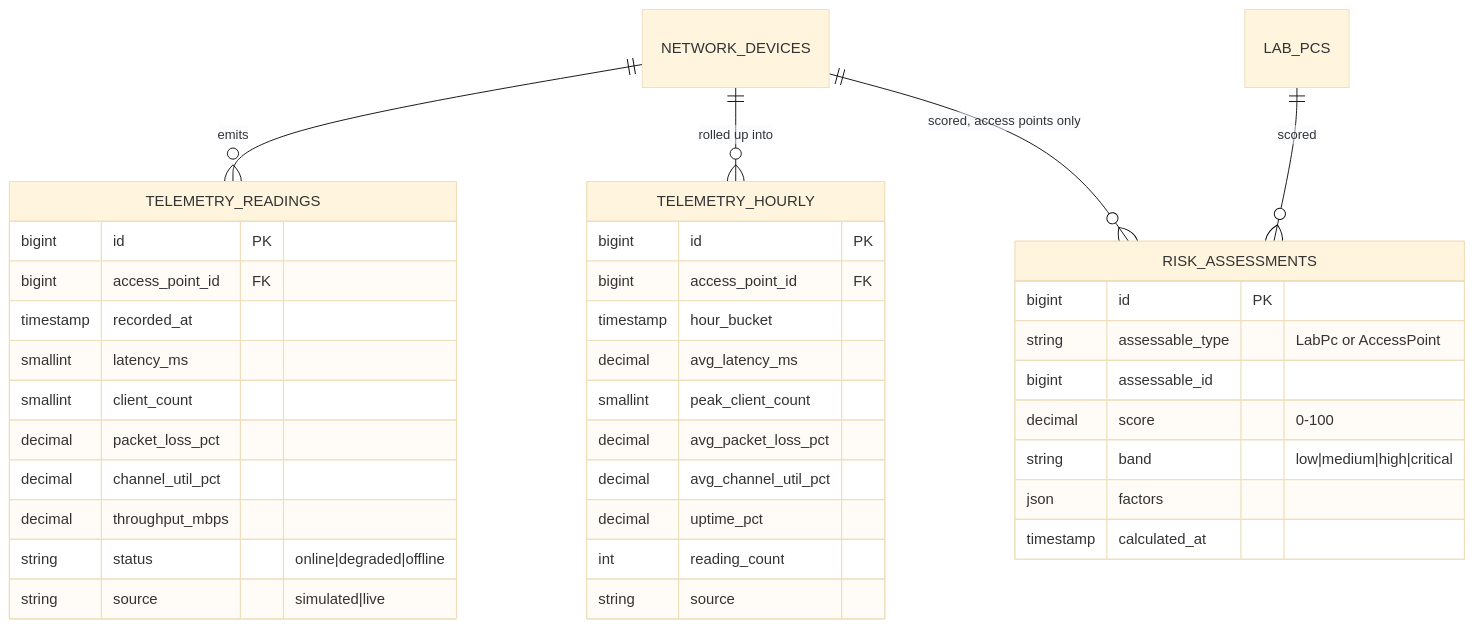
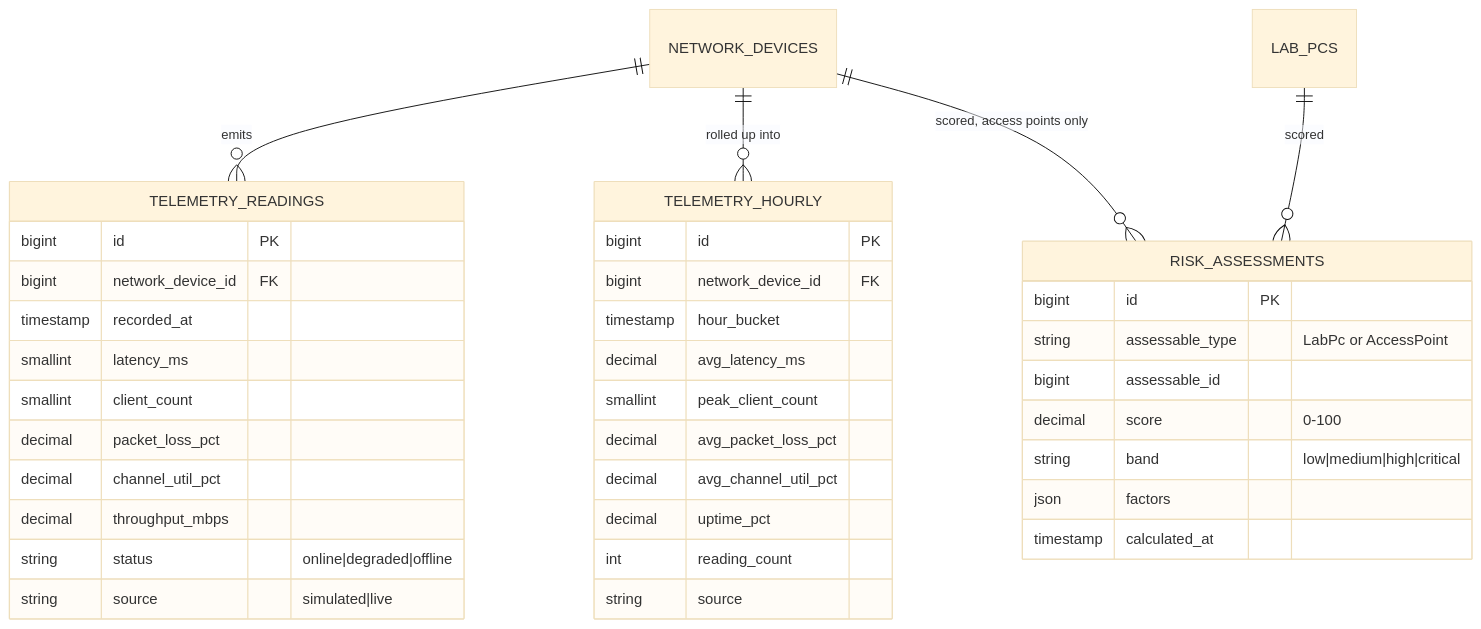
One commit to phone292025/atlas-netcare changed the third of 3 diagrams in docs/04-database.md. Above: the diagram before and after it, drawn with Mermaid (base theme). The commit also changed other lines of this file and 31 other files, not shown here.

First line of the commit message:
refactor(telemetry): point readings at network devices

````diff
--- a/docs/04-database.md
+++ b/docs/04-database.md
@@ -272,41 +272,41 @@
 ```mermaid
 erDiagram
     NETWORK_DEVICES ||--o{ TELEMETRY_READINGS : emits
     NETWORK_DEVICES ||--o{ TELEMETRY_HOURLY : "rolled up into"
     NETWORK_DEVICES ||--o{ RISK_ASSESSMENTS : "scored, access points only"
     LAB_PCS ||--o{ RISK_ASSESSMENTS : scored
 
     TELEMETRY_READINGS {
         bigint id PK
-        bigint access_point_id FK
+        bigint network_device_id FK
         timestamp recorded_at
         smallint latency_ms
         smallint client_count
         decimal packet_loss_pct
         decimal channel_util_pct
         decimal throughput_mbps
         string status "online|degraded|offline"
         string source "simulated|live"
     }
     TELEMETRY_HOURLY {
         bigint id PK
-        bigint access_point_id FK
+        bigint network_device_id FK
         timestamp hour_bucket
         decimal avg_latency_ms
         smallint peak_client_count
         decimal avg_packet_loss_pct
         decimal avg_channel_util_pct
         decimal uptime_pct
         int reading_count
         string source
     }
     RISK_ASSESSMENTS {
         bigint id PK
         string assessable_type "LabPc or AccessPoint"
         bigint assessable_id
         decimal score "0-100"
         string band "low|medium|high|critical"
         json factors
         timestamp calculated_at
     }
 ```
````
